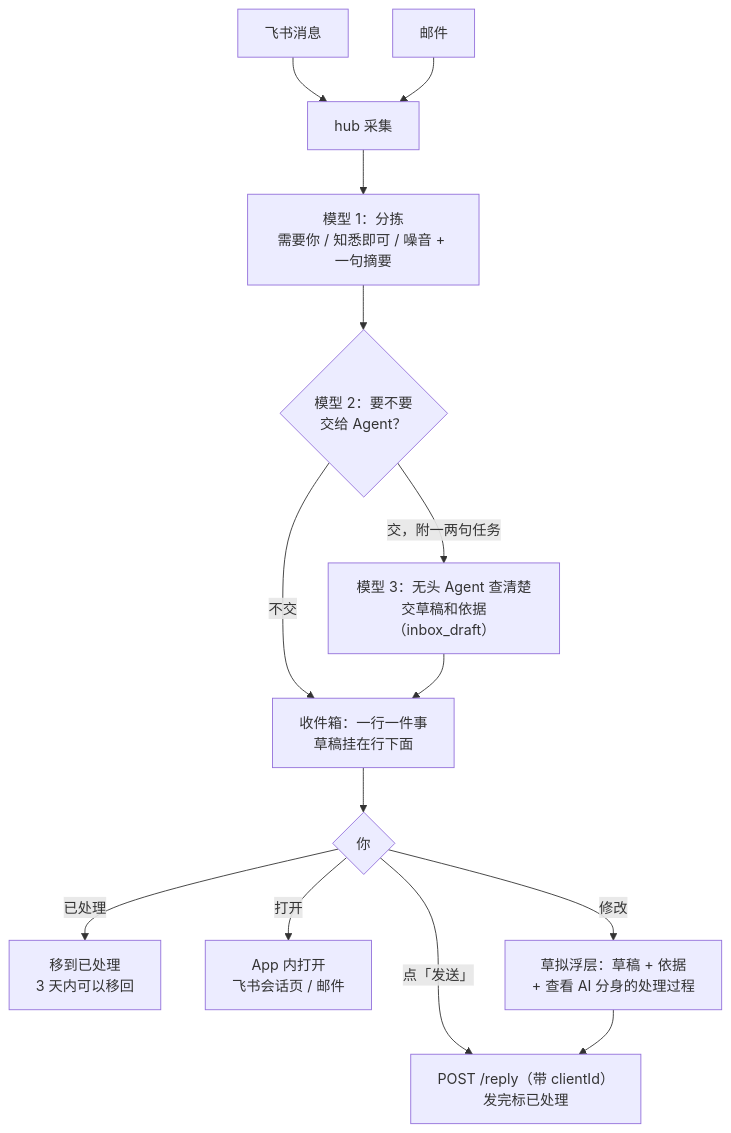
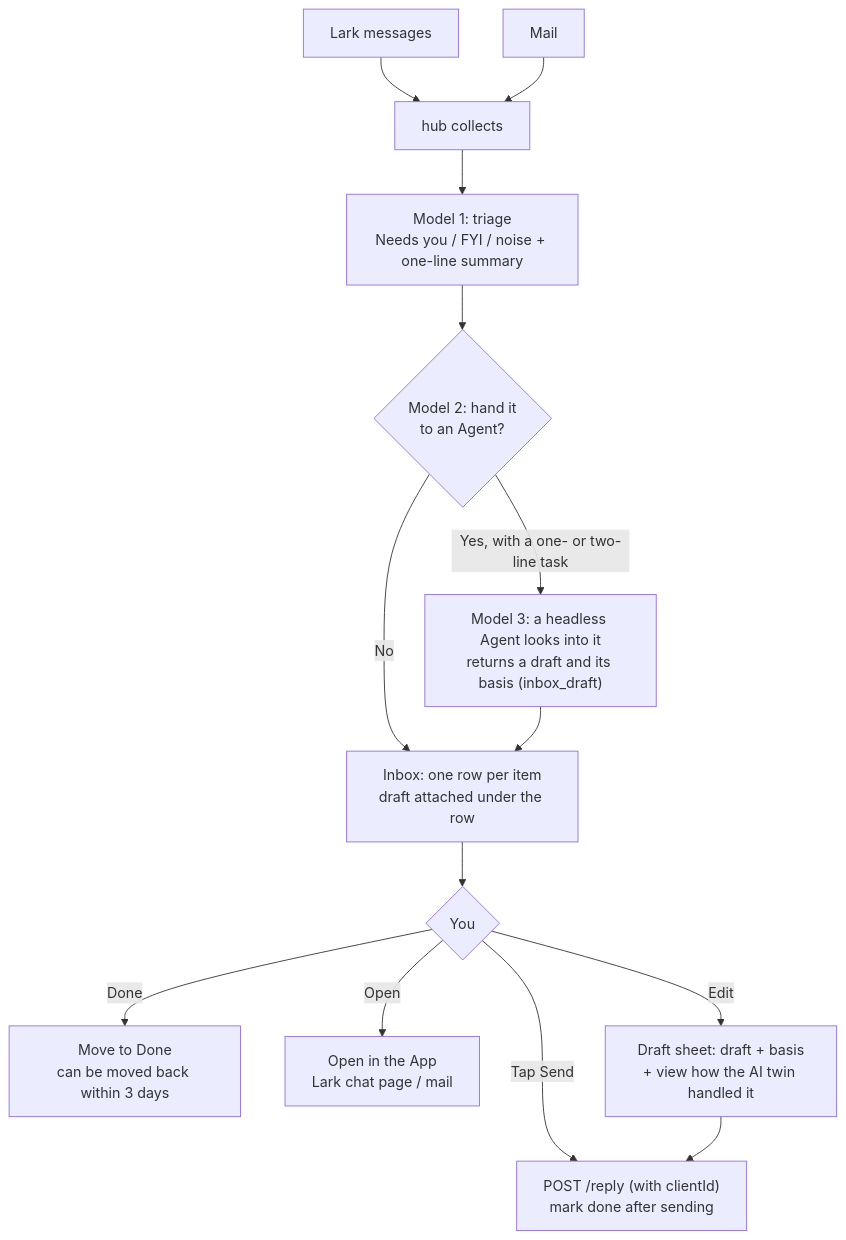
Before and after one commit to 413180794/persona: diagram 12 of 15 in docs/redesign/flows.md, drawn with Mermaid. The commit also changed other lines of this file and 6 other files, not shown here.

````diff
--- a/docs/redesign/flows.md
+++ b/docs/redesign/flows.md
@@ -301,16 +301,16 @@
 ```mermaid
 flowchart TD
-  F["飞书消息"] --> H["hub 采集"]
-  M["邮件"] --> H
-  H --> T["模型 1：分拣<br/>需要你 / 知悉即可 / 噪音 + 一句摘要"]
-  T --> J{"模型 2：要不要<br/>交给 Agent？"}
-  J -- "交，附一两句任务" --> G["模型 3：无头 Agent 查清楚<br/>交草稿和依据（inbox_draft）"]
-  J -- "不交" --> I
-  G --> I["收件箱：一行一件事<br/>草稿挂在行下面"]
-  I --> U{"你"}
-  U -- "已处理" --> D["移到已处理<br/>3 天内可以移回"]
-  U -- "打开" --> R["App 内打开<br/>飞书会话页 / 邮件"]
-  U -- "点「发送」" --> S["POST /reply（带 clientId）<br/>发完标已处理"]
-  U -- "修改" --> E["草拟浮层：草稿 + 依据<br/>+ 查看 AI 分身的处理过程"]
+  F["Lark messages"] --> H["hub collects"]
+  M["Mail"] --> H
+  H --> T["Model 1: triage<br/>Needs you / FYI / noise + one-line summary"]
+  T --> J{"Model 2: hand it<br/>to an Agent?"}
+  J -- "Yes, with a one- or two-line task" --> G["Model 3: a headless Agent looks into it<br/>returns a draft and its basis (inbox_draft)"]
+  J -- "No" --> I
+  G --> I["Inbox: one row per item<br/>draft attached under the row"]
+  I --> U{"You"}
+  U -- "Done" --> D["Move to Done<br/>can be moved back within 3 days"]
+  U -- "Open" --> R["Open in the App<br/>Lark chat page / mail"]
+  U -- "Tap Send" --> S["POST /reply (with clientId)<br/>mark done after sending"]
+  U -- "Edit" --> E["Draft sheet: draft + basis<br/>+ view how the AI twin handled it"]
   E --> S
 ```
````
